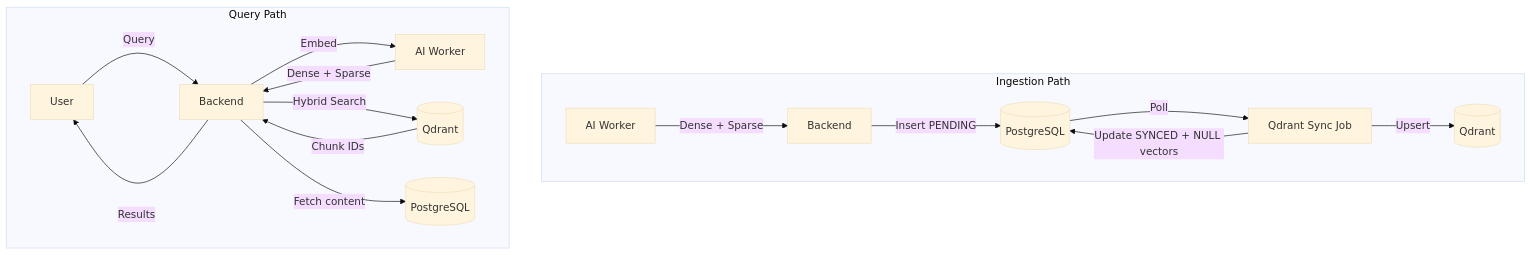
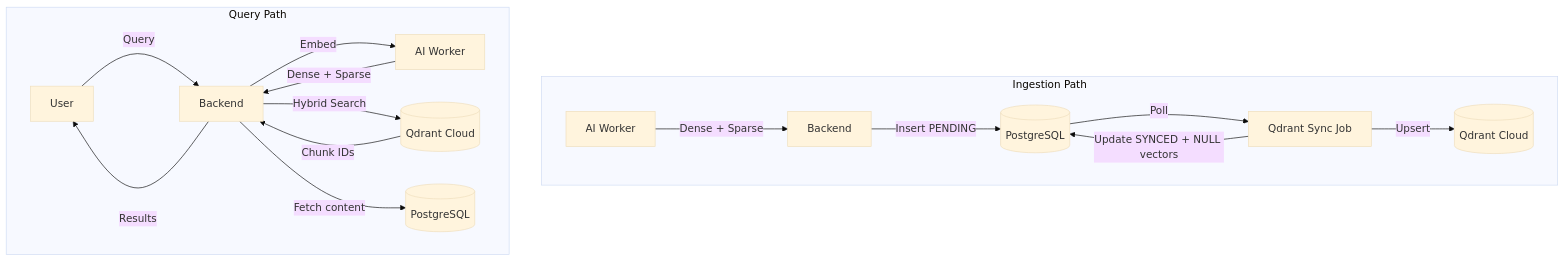
The diagram in docs/detailed-plan-phase5.md (namtroi/RAGBase), drawn with Mermaid (base theme) before and after one commit. The commit also changed other lines of this file and 2 other files, not shown here.

First line of the commit message:
docs: update phase 5 detailed plan with Qdrant Cloud and efficiency improvements

````diff
--- a/docs/detailed-plan-phase5.md
+++ b/docs/detailed-plan-phase5.md
@@ -45,20 +45,20 @@
 ```mermaid
 graph TB
     subgraph "Ingestion Path"
         Worker[AI Worker] -->|Dense + Sparse| Backend
         Backend -->|Insert PENDING| Postgres[(PostgreSQL)]
         Postgres -->|Poll| SyncJob[Qdrant Sync Job]
-        SyncJob -->|Upsert| Qdrant[(Qdrant)]
+        SyncJob -->|Upsert| QdrantCloud[(Qdrant Cloud)]
         SyncJob -->|Update SYNCED + NULL vectors| Postgres
     end
     
     subgraph "Query Path"
         User -->|Query| Backend2[Backend]
         Backend2 -->|Embed| Worker2[AI Worker]
         Worker2 -->|Dense + Sparse| Backend2
-        Backend2 -->|Hybrid Search| Qdrant2[(Qdrant)]
-        Qdrant2 -->|Chunk IDs| Backend2
+        Backend2 -->|Hybrid Search| QdrantCloud2[(Qdrant Cloud)]
+        QdrantCloud2 -->|Chunk IDs| Backend2
         Backend2 -->|Fetch content| Postgres2[(PostgreSQL)]
         Backend2 -->|Results| User
     end
 ```
````
